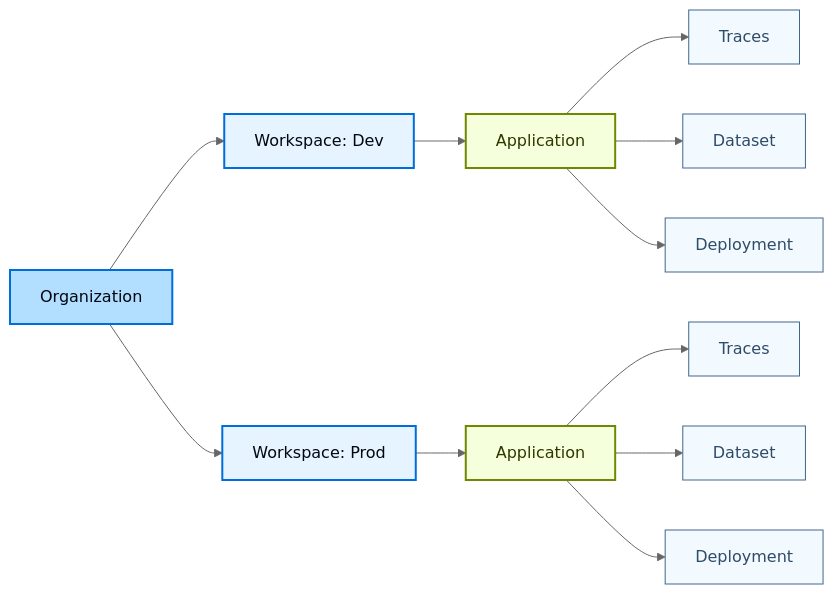
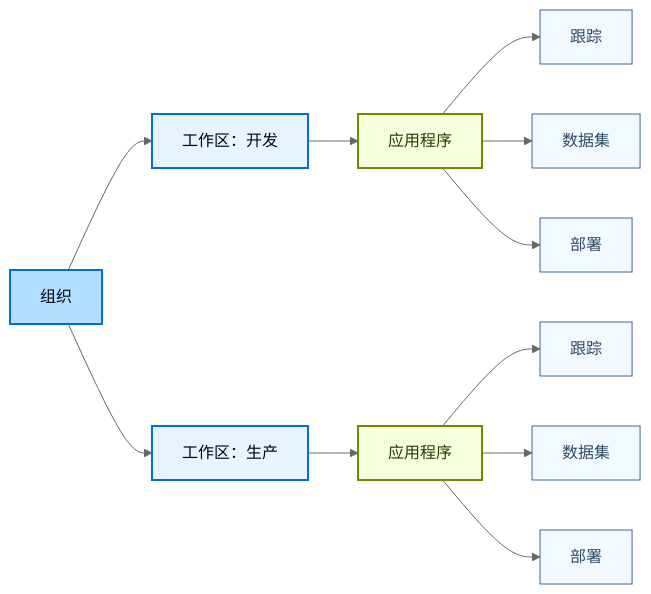
One commit to kunfan96/cndocs-langchain changed the third of 3 diagrams in langsmith/workload-isolation.mdx. Above: the diagram before and after it, drawn with Mermaid (neutral theme). The commit also changed other lines of this file and 2498 other files, not shown here.

````diff
--- a/langsmith/workload-isolation.mdx
+++ b/langsmith/workload-isolation.mdx
@@ -132,42 +132,42 @@
 ```mermaid actions={false}
 graph LR
-    Org[Organization]
+    Org[组织]
 
-    WSDev[Workspace: Dev]
-    WSProd[Workspace: Prod]
+    WSDev[工作区：开发]
+    WSProd[工作区：生产]
 
-    AppDev[Application]
-    AppProd[Application]
+    AppDev[应用程序]
+    AppProd[应用程序]
 
-    TracesDev[Traces]
-    DatasetDev[Dataset]
-    DeploymentDev[Deployment]
+    TracesDev[跟踪]
+    DatasetDev[数据集]
+    DeploymentDev[部署]
 
-    TracesProd[Traces]
-    DatasetProd[Dataset]
-    DeploymentProd[Deployment]
+    TracesProd[跟踪]
+    DatasetProd[数据集]
+    DeploymentProd[部署]
 
     Org --> WSDev
     Org --> WSProd
 
     WSDev --> AppDev
     WSProd --> AppProd
 
     AppDev --> TracesDev
     AppDev --> DatasetDev
     AppDev --> DeploymentDev
 
     AppProd --> TracesProd
     AppProd --> DatasetProd
     AppProd --> DeploymentProd
 
     classDef orgStyle fill:#B2DEFF,stroke:#006DDD,stroke-width:2px,color:#030710
     classDef wsStyle fill:#E5F4FF,stroke:#006DDD,stroke-width:2px,color:#030710
     classDef appStyle fill:#F6FFDB,stroke:#6E8900,stroke-width:2px,color:#2E3900
     classDef resourceStyle fill:#F2FAFF,stroke:#40668D,stroke-width:1px,color:#2F4B68
 
     class Org orgStyle
     class WSDev,WSProd wsStyle
     class AppDev,AppProd appStyle
     class TracesDev,DatasetDev,DeploymentDev,TracesProd,DatasetProd,DeploymentProd resourceStyle
 ```
````
